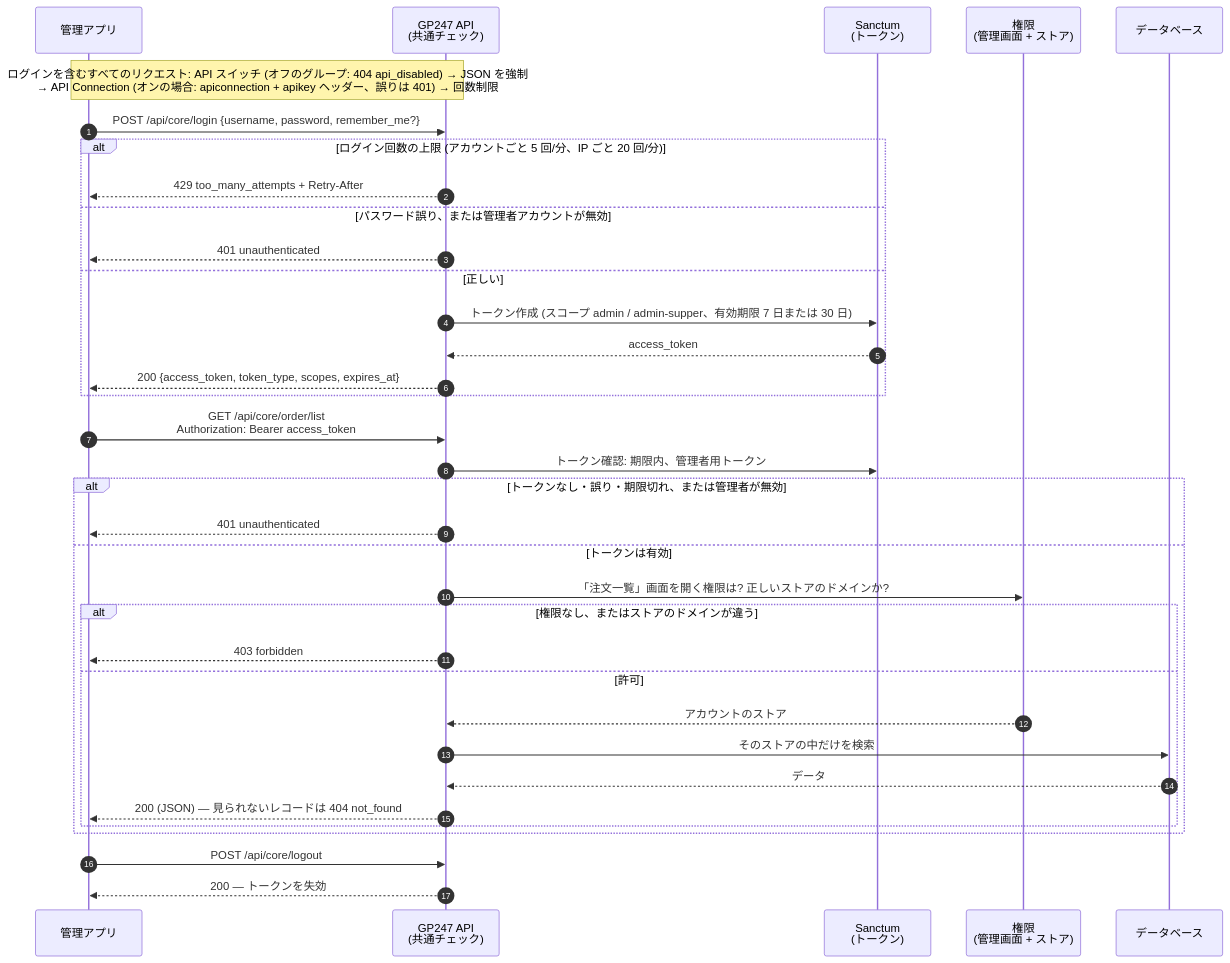
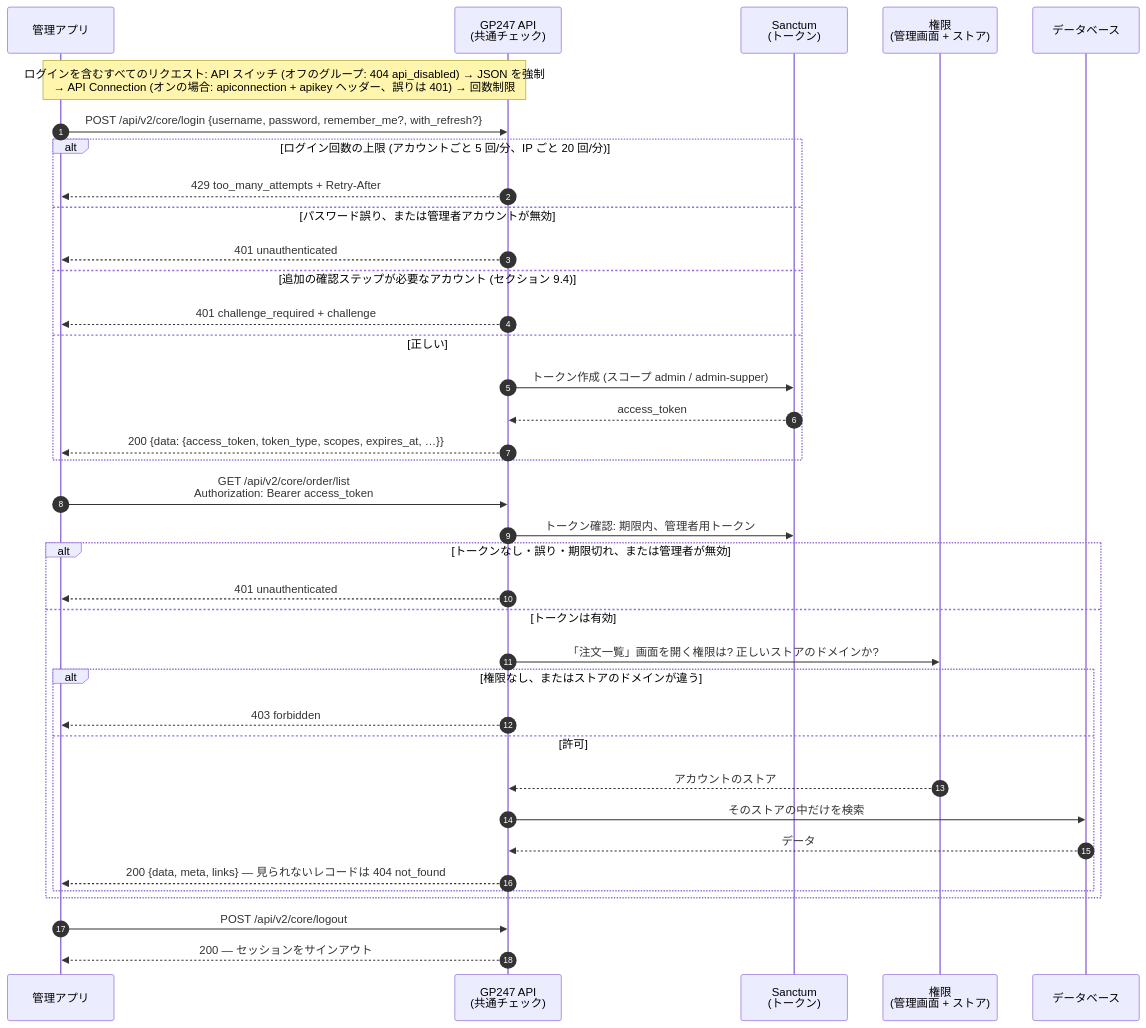
The second of 7 diagrams in api/api-introduction_ja.md (gp247net/gp247-docs), drawn with Mermaid before and after one commit. The commit also changed other lines of this file and 13 other files, not shown here.

````diff
--- a/api/api-introduction_ja.md
+++ b/api/api-introduction_ja.md
@@ -195,37 +350,39 @@
 ```mermaid
 sequenceDiagram
     autonumber
     participant A as 管理アプリ
     participant M as GP247 API<br/>(共通チェック)
     participant S as Sanctum<br/>(トークン)
     participant Q as 権限<br/>(管理画面 + ストア)
     participant D as データベース
     Note over A,M: ログインを含むすべてのリクエスト: API スイッチ (オフのグループ: 404 api_disabled) → JSON を強制<br/>→ API Connection (オンの場合: apiconnection + apikey ヘッダー、誤りは 401) → 回数制限
-    A->>M: POST /api/core/login {username, password, remember_me?}
+    A->>M: POST /api/v2/core/login {username, password, remember_me?, with_refresh?}
     alt ログイン回数の上限 (アカウントごと 5 回/分、IP ごと 20 回/分)
         M-->>A: 429 too_many_attempts + Retry-After
     else パスワード誤り、または管理者アカウントが無効
         M-->>A: 401 unauthenticated
+    else 追加の確認ステップが必要なアカウント (セクション 9.4)
+        M-->>A: 401 challenge_required + challenge
     else 正しい
-        M->>S: トークン作成 (スコープ admin / admin-supper、有効期限 7 日または 30 日)
+        M->>S: トークン作成 (スコープ admin / admin-supper)
         S-->>M: access_token
-        M-->>A: 200 {access_token, token_type, scopes, expires_at}
+        M-->>A: 200 {data: {access_token, token_type, scopes, expires_at, …}}
     end
-    A->>M: GET /api/core/order/list<br/>Authorization: Bearer access_token
+    A->>M: GET /api/v2/core/order/list<br/>Authorization: Bearer access_token
     M->>S: トークン確認: 期限内、管理者用トークン
     alt トークンなし・誤り・期限切れ、または管理者が無効
         M-->>A: 401 unauthenticated
     else トークンは有効
         M->>Q: 「注文一覧」画面を開く権限は? 正しいストアのドメインか?
         alt 権限なし、またはストアのドメインが違う
             M-->>A: 403 forbidden
         else 許可
             Q-->>M: アカウントのストア
             M->>D: そのストアの中だけを検索
             D-->>M: データ
-            M-->>A: 200 (JSON) — 見られないレコードは 404 not_found
+            M-->>A: 200 {data, meta, links} — 見られないレコードは 404 not_found
         end
     end
-    A->>M: POST /api/core/logout
-    M-->>A: 200 — トークンを失効
+    A->>M: POST /api/v2/core/logout
+    M-->>A: 200 — セッションをサインアウト
 ```
````
